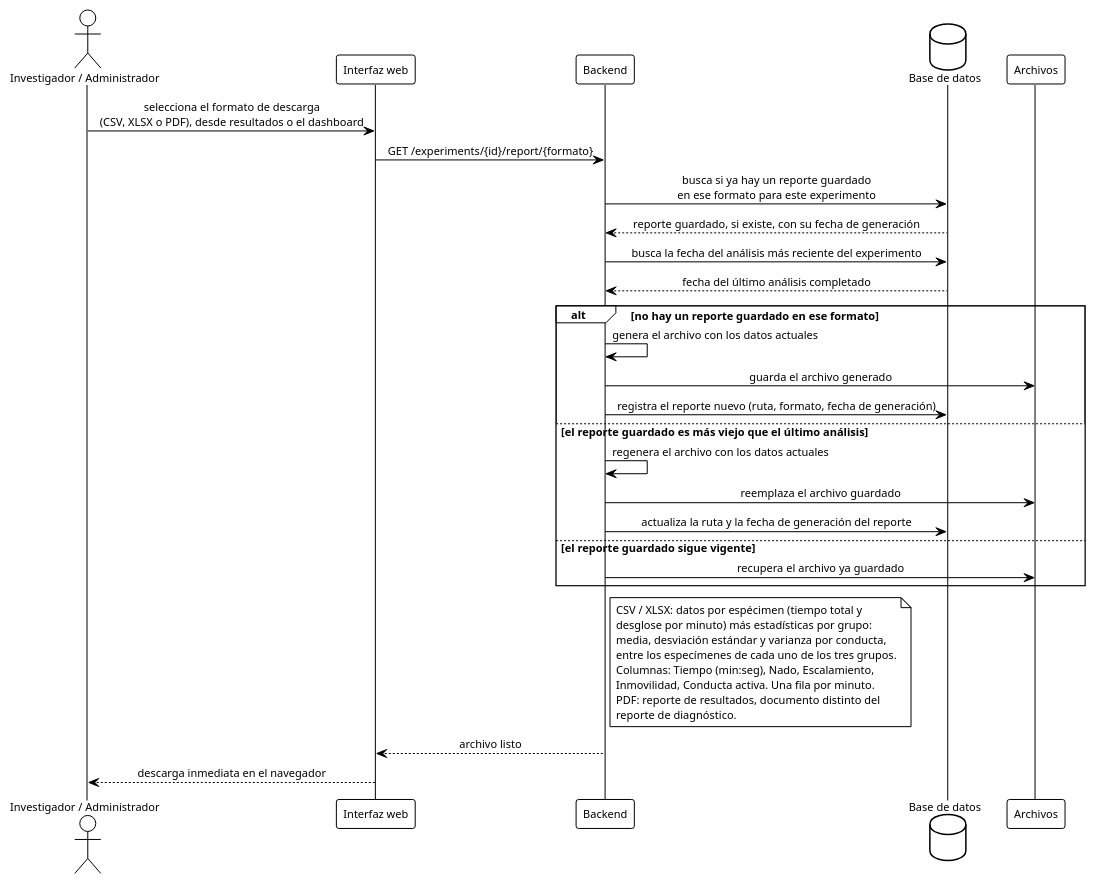
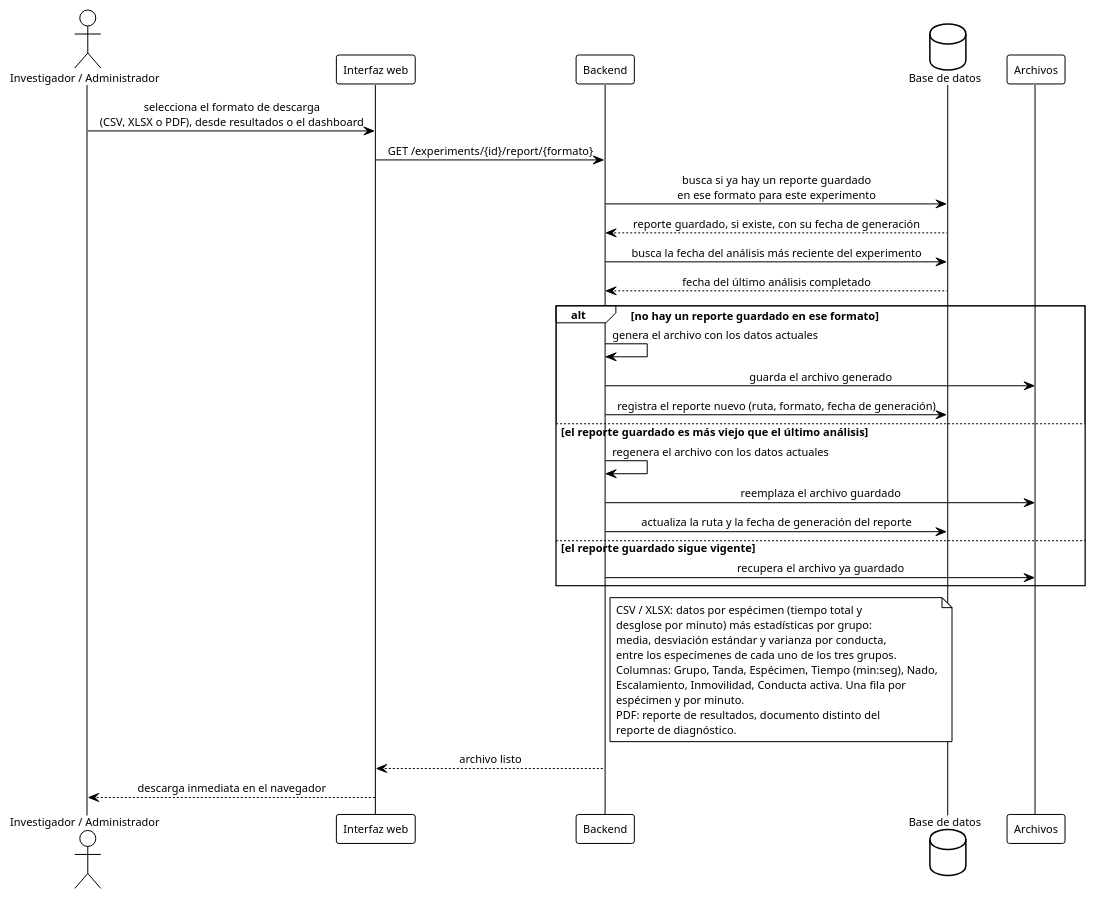
One commit to ErickJester/fst-ai-system-latex changed diagram 37 of 39 in INSTRUCCIONES-WEB.md. Above: the diagram before and after it, drawn with PlantUML. The commit also changed other lines of this file and 42 other files, not shown here.

````diff
--- a/INSTRUCCIONES-WEB.md
+++ b/INSTRUCCIONES-WEB.md
@@ -3065,48 +3065,49 @@
 ```plantuml
 @startuml seq_descarga_reportes
 !theme plain
 skinparam defaultFontName Arial
 skinparam defaultFontSize 11
 skinparam shadowing false
 skinparam sequenceMessageAlign center
 skinparam BoxPadding 10
 actor "Investigador / Administrador" as inv
 participant "Interfaz web" as ui
 participant Backend as api
 database "Base de datos" as db
 participant "Archivos" as fs
 
 inv -> ui: selecciona el formato de descarga\n(CSV, XLSX o PDF), desde resultados o el dashboard
 ui -> api: GET /experiments/{id}/report/{formato}
 api -> db: busca si ya hay un reporte guardado\nen ese formato para este experimento
 db --> api: reporte guardado, si existe, con su fecha de generación
 api -> db: busca la fecha del análisis más reciente del experimento
 db --> api: fecha del último análisis completado
 
 alt no hay un reporte guardado en ese formato
   api -> api: genera el archivo con los datos actuales
   api -> fs: guarda el archivo generado
   api -> db: registra el reporte nuevo (ruta, formato, fecha de generación)
 else el reporte guardado es más viejo que el último análisis
   api -> api: regenera el archivo con los datos actuales
   api -> fs: reemplaza el archivo guardado
   api -> db: actualiza la ruta y la fecha de generación del reporte
 else el reporte guardado sigue vigente
   api -> fs: recupera el archivo ya guardado
 end
 
 note right of api
   CSV / XLSX: datos por espécimen (tiempo total y
   desglose por minuto) más estadísticas por grupo:
   media, desviación estándar y varianza por conducta,
   entre los especímenes de cada uno de los tres grupos.
-  Columnas: Tiempo (min:seg), Nado, Escalamiento,
-  Inmovilidad, Conducta activa. Una fila por minuto.
+  Columnas: Grupo, Tanda, Espécimen, Tiempo (min:seg), Nado,
+  Escalamiento, Inmovilidad, Conducta activa. Una fila por
+  espécimen y por minuto.
   PDF: reporte de resultados, documento distinto del
   reporte de diagnóstico.
 end note
 
 api --> ui: archivo listo
 ui --> inv: descarga inmediata en el navegador
 @enduml
 ```
````
